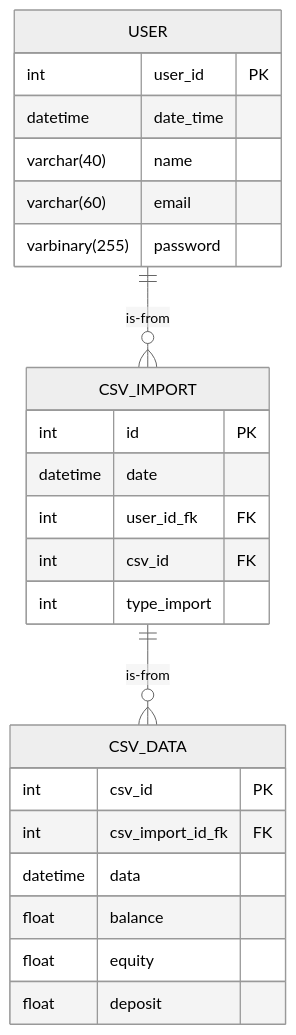
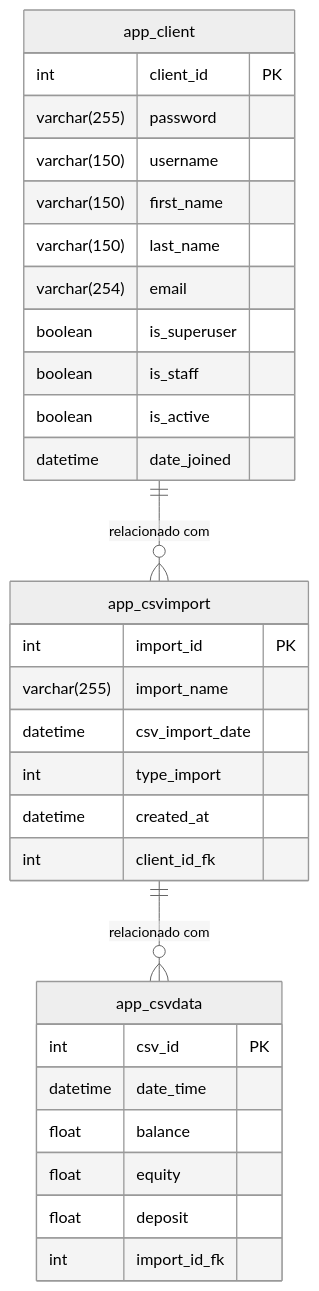
One commit to lppastor/import-csv changed the diagram in README.md. Above: the diagram before and after it, drawn with Mermaid (neutral theme). The commit also changed other lines of this file, not shown here.

````diff
--- a/README.md
+++ b/README.md
@@ -76,30 +49,36 @@
 ```mermaid
 erDiagram
-    USER {
-        int user_id PK
-        datetime date_time
-        varchar(40) name
-        varchar(60) email
-        varbinary(255) password
-    }
-    
-    CSV_IMPORT {
-        int id PK
-        datetime date
-        int user_id_fk FK
-        int csv_id FK
-        int type_import
+    app_client {
+        int client_id PK
+        varchar(255) password
+        varchar(150) username
+        varchar(150) first_name
+        varchar(150) last_name
+        varchar(254) email
+        boolean is_superuser
+        boolean is_staff
+        boolean is_active
+        datetime date_joined
     }
 
-    CSV_DATA {
+    app_csvimport {
+        int import_id PK
+        varchar(255) import_name
+        datetime csv_import_date
+        int type_import
+        datetime created_at
+        int client_id_fk
+    }
+
+    app_csvdata {
         int csv_id PK
-        int csv_import_id_fk FK
-        datetime data
+        datetime date_time
         float balance
         float equity
         float deposit
+        int import_id_fk
     }
 
-    USER ||--o{ CSV_IMPORT : "is-from"
-    CSV_IMPORT ||--o{ CSV_DATA : "is-from"
+    app_client ||--o{ app_csvimport : "relacionado com"
+    app_csvimport ||--o{ app_csvdata : "relacionado com"
 ```
````
